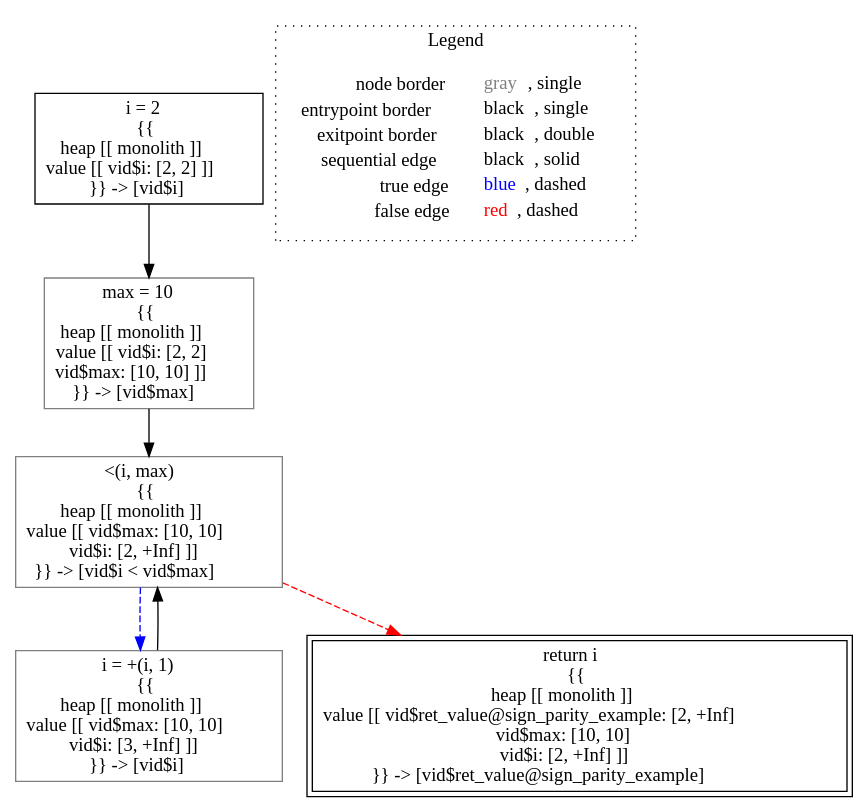
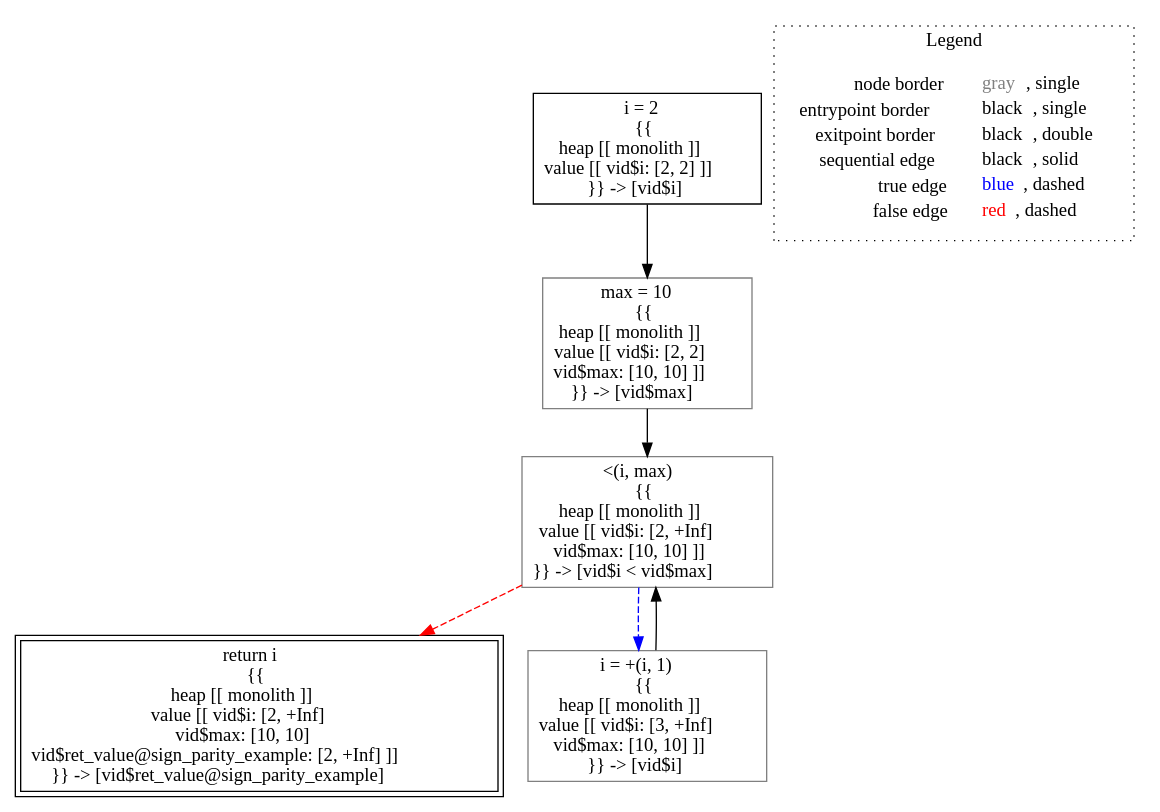
Before and after one commit to lisa-analyzer/lisa: the diagram in lisa/imp-testcases/interval/analysis___untyped_tutorial.sign_parity_example().dot, drawn with Graphviz. The commit also changed 29 other files, not shown here.

```diff
--- a/lisa/imp-testcases/interval/analysis___untyped_tutorial.sign_parity_example().dot
+++ b/lisa/imp-testcases/interval/analysis___untyped_tutorial.sign_parity_example().dot
@@ -1,19 +1,19 @@
 digraph {
 	"node0" [shape="rect",color="black",label=<i = 2<BR/>{{<BR/>heap [[ monolith ]]<BR/>value [[ vid$i: [2, 2] ]]<BR/>}} -&gt; [vid$i]>];
 	"node1" [shape="rect",color="gray",label=<max = 10<BR/>{{<BR/>heap [[ monolith ]]<BR/>value [[ vid$i: [2, 2]<BR/>vid$max: [10, 10] ]]<BR/>}} -&gt; [vid$max]>];
-	"node2" [shape="rect",color="gray",label=<i = +(i, 1)<BR/>{{<BR/>heap [[ monolith ]]<BR/>value [[ vid$max: [10, 10]<BR/>vid$i: [3, +Inf] ]]<BR/>}} -&gt; [vid$i]>];
-	"node3" [shape="rect",color="black",peripheries="2",label=<return i<BR/>{{<BR/>heap [[ monolith ]]<BR/>value [[ vid$ret_value@sign_parity_example: [2, +Inf]<BR/>vid$max: [10, 10]<BR/>vid$i: [2, +Inf] ]]<BR/>}} -&gt; [vid$ret_value@sign_parity_example]>];
-	"node4" [shape="rect",color="gray",label=<&lt;(i, max)<BR/>{{<BR/>heap [[ monolith ]]<BR/>value [[ vid$max: [10, 10]<BR/>vid$i: [2, +Inf] ]]<BR/>}} -&gt; [vid$i &lt; vid$max]>];
+	"node2" [shape="rect",color="gray",label=<&lt;(i, max)<BR/>{{<BR/>heap [[ monolith ]]<BR/>value [[ vid$i: [2, +Inf]<BR/>vid$max: [10, 10] ]]<BR/>}} -&gt; [vid$i &lt; vid$max]>];
+	"node3" [shape="rect",color="black",peripheries="2",label=<return i<BR/>{{<BR/>heap [[ monolith ]]<BR/>value [[ vid$i: [2, +Inf]<BR/>vid$max: [10, 10]<BR/>vid$ret_value@sign_parity_example: [2, +Inf] ]]<BR/>}} -&gt; [vid$ret_value@sign_parity_example]>];
+	"node4" [shape="rect",color="gray",label=<i = +(i, 1)<BR/>{{<BR/>heap [[ monolith ]]<BR/>value [[ vid$i: [3, +Inf]<BR/>vid$max: [10, 10] ]]<BR/>}} -&gt; [vid$i]>];
+	"node1" -> "node2" [color="black"];
 	"node0" -> "node1" [color="black"];
-	"node1" -> "node4" [color="black"];
-	"node2" -> "node4" [color="black"];
-	"node4" -> "node2" [color="blue",style="dashed"];
-	"node4" -> "node3" [color="red",style="dashed"];
+	"node2" -> "node3" [color="red",style="dashed"];
+	"node2" -> "node4" [color="blue",style="dashed"];
+	"node4" -> "node2" [color="black"];
 subgraph cluster_legend {
 	label="Legend";
 	style=dotted;
 	node [shape=plaintext];
 	"legend" [label=<<table border="0" cellpadding="2" cellspacing="0" cellborder="0"><tr><td align="right">node border&nbsp;</td><td align="left"><font color="gray">gray</font>, single</td></tr><tr><td align="right">entrypoint border&nbsp;</td><td align="left"><font color="black">black</font>, single</td></tr><tr><td align="right">exitpoint border&nbsp;</td><td align="left"><font color="black">black</font>, double</td></tr><tr><td align="right">sequential edge&nbsp;</td><td align="left"><font color="black">black</font>, solid</td></tr><tr><td align="right">true edge&nbsp;</td><td align="left"><font color="blue">blue</font>, dashed</td></tr><tr><td align="right">false edge&nbsp;</td><td align="left"><font color="red">red</font>, dashed</td></tr></table>>];
 }
 
 }
```
